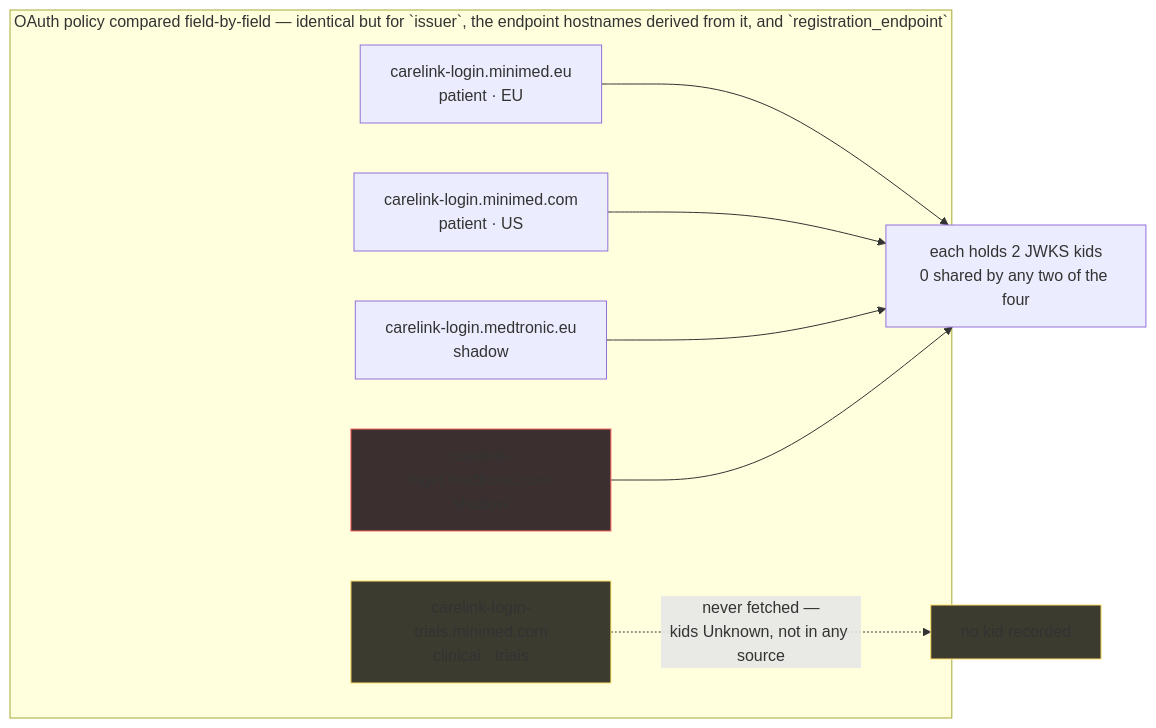
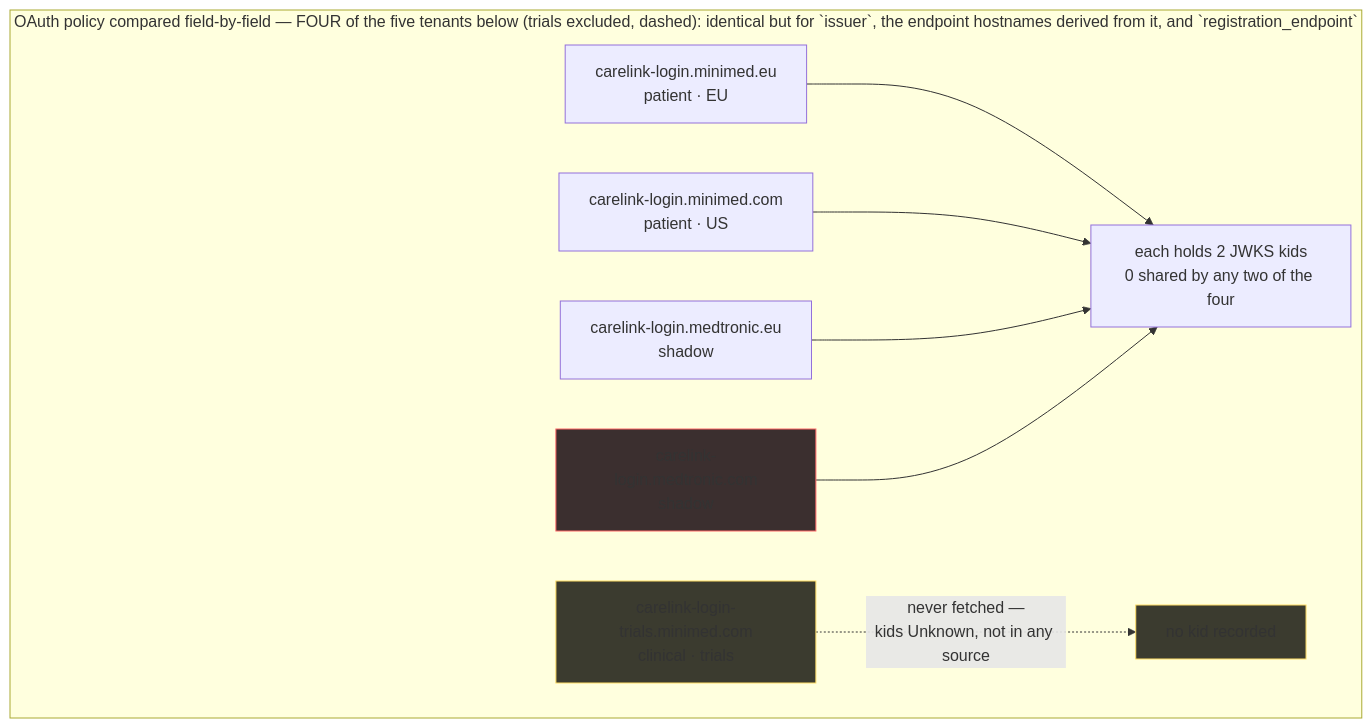
Before and after one commit to NovaLux12/carelink-api-research: the first of 3 diagrams in docs/02-auth-tenants-and-flows.md, drawn with Mermaid. The commit also changed 8 other files, not shown here.

````diff
--- a/docs/02-auth-tenants-and-flows.md
+++ b/docs/02-auth-tenants-and-flows.md
@@ -39,19 +39,19 @@
 ```mermaid
 flowchart LR
-    subgraph POL["OAuth policy compared field-by-field — identical but for `issuer`, the endpoint hostnames derived from it, and `registration_endpoint`"]
+    subgraph POL["OAuth policy compared field-by-field — FOUR of the five tenants below (trials excluded, dashed): identical but for `issuer`, the endpoint hostnames derived from it, and `registration_endpoint`"]
         A["carelink-login.minimed.eu<br/>patient · EU"]
         B["carelink-login.minimed.com<br/>patient · US"]
         C["carelink-login.medtronic.eu<br/>shadow"]
         D["carelink-login.medtronic.com<br/>shadow"]
         E["carelink-login-trials.minimed.com<br/>clinical · trials"]
     end
     A --> Z
     B --> Z
     C --> Z
     D --> Z
     Z["each holds 2 JWKS kids<br/>0 shared by any two of the four"]
     E -. "never fetched —<br/>kids Unknown, not in any source" .-> KE["no kid recorded"]
     style D fill:#3b2f2f,stroke:#f66
     style E fill:#3b3b2f,stroke:#fd6
     style KE fill:#3b3b2f,stroke:#fd6
 ```
````
